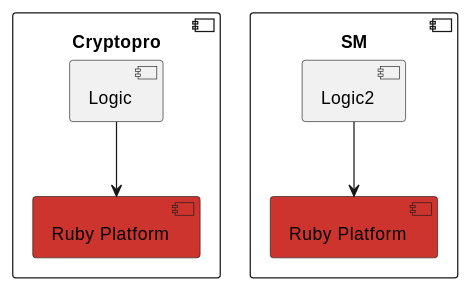
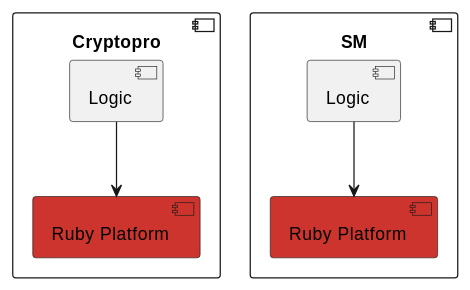
The fourth of 5 diagrams in ruby-platform/slides.md (sergio-fry/slides), drawn with PlantUML before and after one commit. The commit also changed other lines of this file and 1 other file, not shown here.

Commit message:
patch_01 15:45

````diff
--- a/ruby-platform/slides.md
+++ b/ruby-platform/slides.md
@@ -171,13 +171,15 @@
 ```plantuml
 
 component Cryptopro {
   [RubyPlatform] as "Ruby Platform" #CC342D
   [Logic] -down-> RubyPlatform
 }
 
 component SM {
   [RubyPlatform2] as "Ruby Platform" #CC342D
-  [Logic2] -down-> RubyPlatform2
+  [Logic2] as "Logic"
+
+  Logic2 -down-> RubyPlatform2
 }
 
 ```
````
